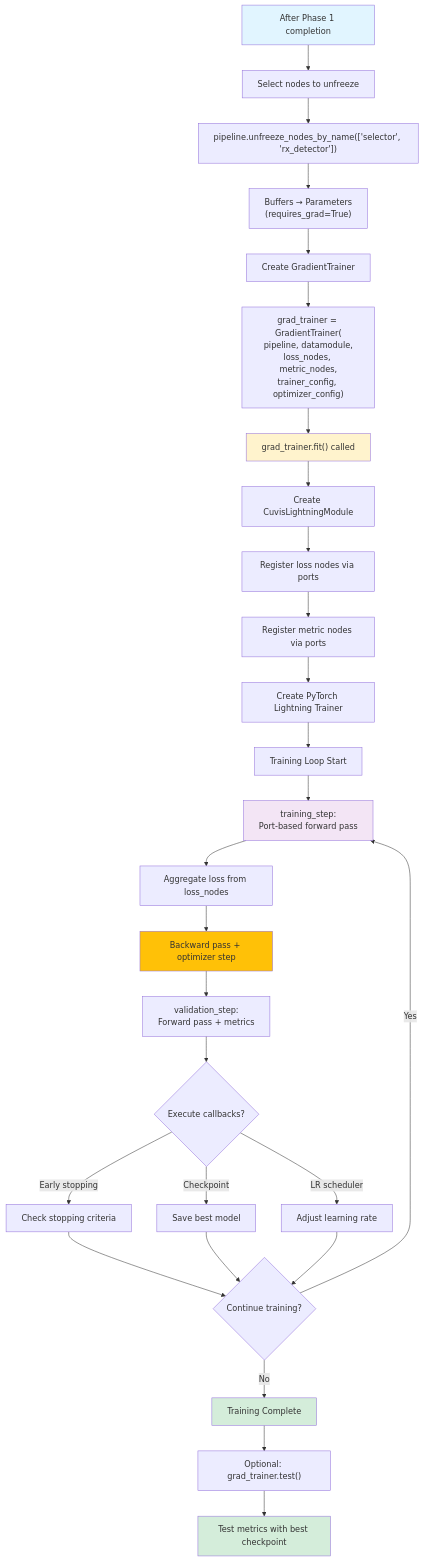
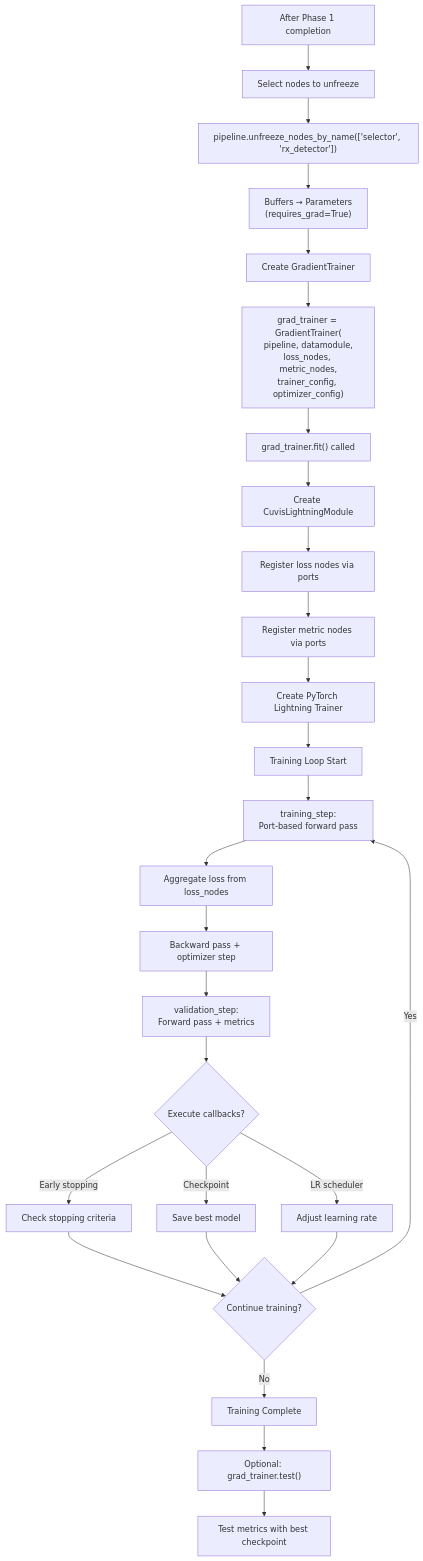
The second of 2 diagrams in docs/concepts/training.md (cubert-hyperspectral/cuvis-ai), drawn with Mermaid before and after one commit. The commit also changed other lines of this file and 18 other files, not shown here.

First line of the commit message:
docs(theme): use classDef for Mermaid styling and tighten cross-page copy

````diff
--- a/docs/concepts/training.md
+++ b/docs/concepts/training.md
@@ -227,36 +221,29 @@
 ```mermaid
 flowchart TD
     A[After Phase 1 completion] --> B["Select nodes to unfreeze"]
     B --> C["pipeline.unfreeze_nodes_by_name(['selector', 'rx_detector'])"]
     C --> D["Buffers → Parameters<br/>(requires_grad=True)"]
     D --> E["Create GradientTrainer"]
     E --> F["grad_trainer = GradientTrainer(<br/>pipeline, datamodule,<br/>loss_nodes, metric_nodes,<br/>trainer_config, optimizer_config)"]
     F --> G["grad_trainer.fit() called"]
     G --> H[Create CuvisLightningModule]
     H --> I[Register loss nodes via ports]
     I --> J[Register metric nodes via ports]
     J --> K[Create PyTorch Lightning Trainer]
     K --> L[Training Loop Start]
     L --> M[training_step:<br/>Port-based forward pass]
     M --> N[Aggregate loss from loss_nodes]
     N --> O[Backward pass + optimizer step]
     O --> P[validation_step:<br/>Forward pass + metrics]
     P --> Q{Execute callbacks?}
     Q -->|Early stopping| R[Check stopping criteria]
     Q -->|Checkpoint| S[Save best model]
     Q -->|LR scheduler| T[Adjust learning rate]
     R --> U{Continue training?}
     S --> U
     T --> U
     U -->|Yes| M
     U -->|No| V[Training Complete]
     V --> W["Optional: grad_trainer.test()"]
     W --> X[Test metrics with best checkpoint]
-
-    style A fill:#e1f5ff
-    style G fill:#fff3cd
-    style M fill:#f3e5f5
-    style O fill:#ffc107
-    style V fill:#d4edda
-    style X fill:#d4edda
 ```
````
